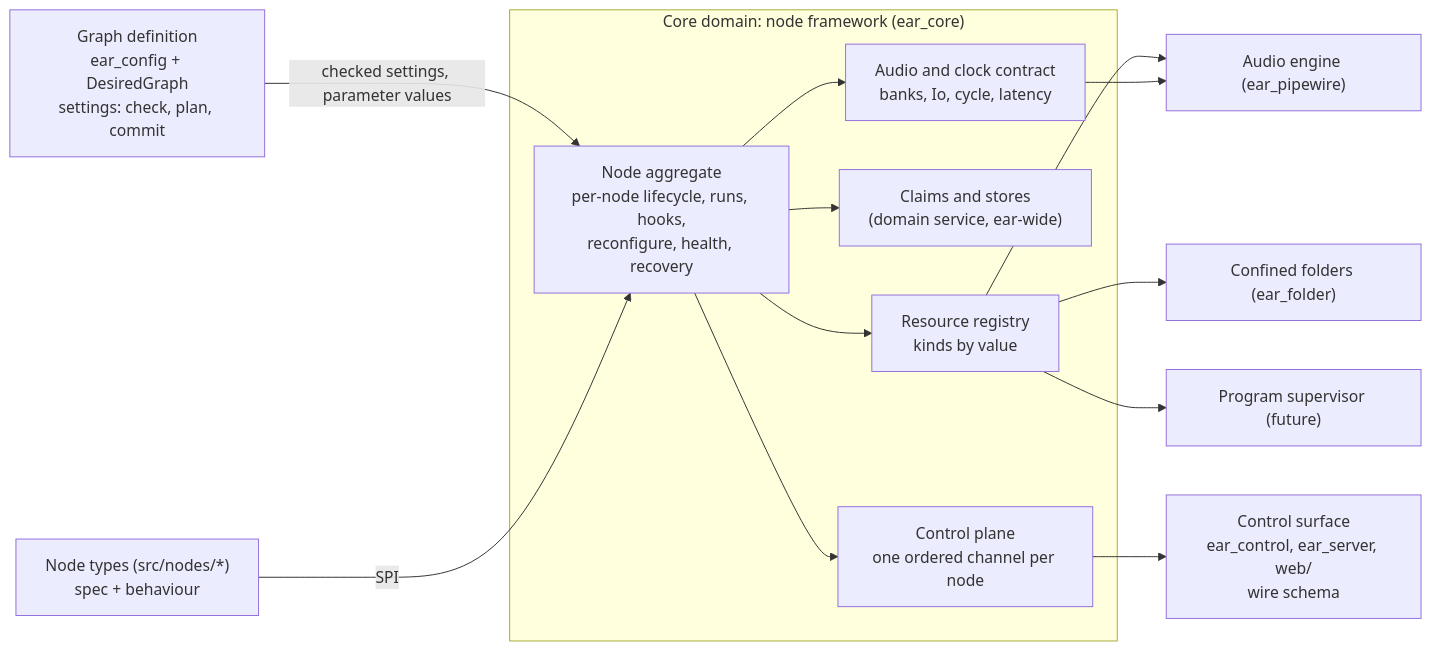
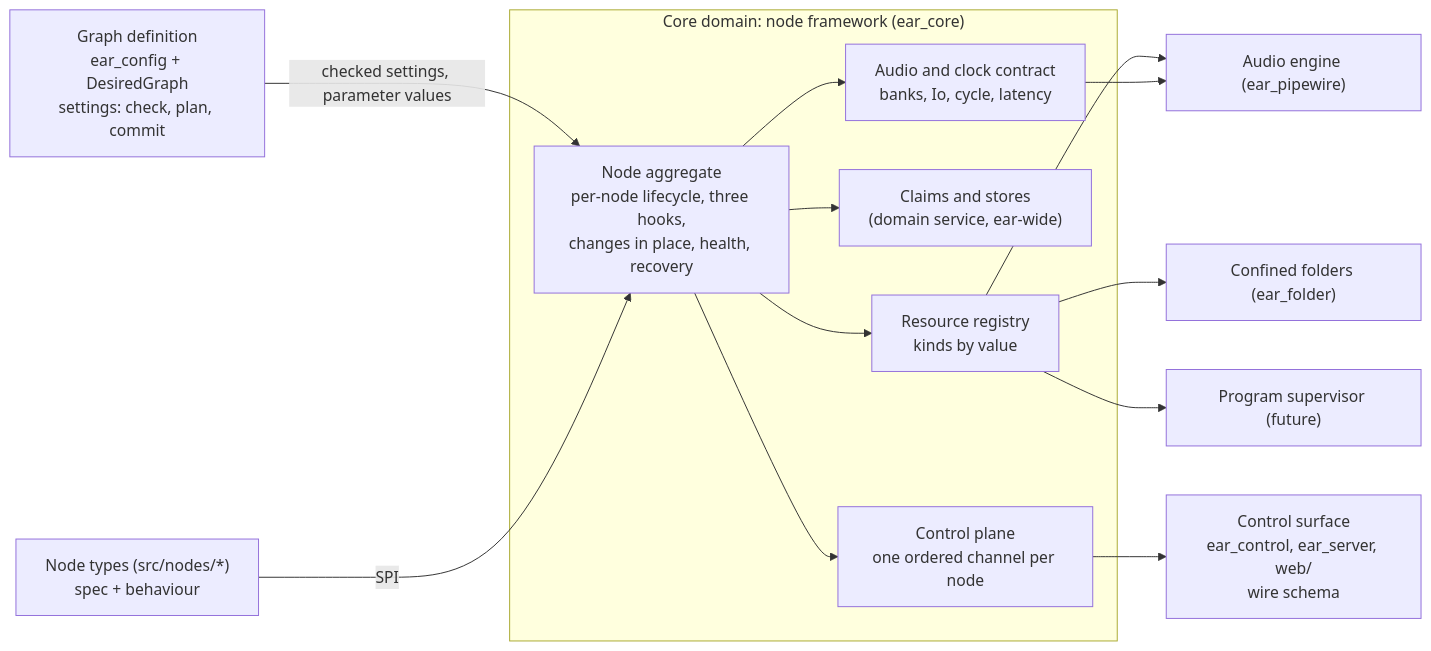
Before and after one commit to mcurcio/ear: the first of 4 diagrams in docs/design/node-framework.md, drawn with Mermaid. The commit also changed other lines of this file and 2 other files, not shown here.

First line of the commit message:
docs(design): graph and node lifecycle without runs, three hooks

````diff
--- a/docs/design/node-framework.md
+++ b/docs/design/node-framework.md
@@ -154,24 +181,24 @@
 ```mermaid
 flowchart LR
   GD["Graph definition<br/>ear_config + DesiredGraph<br/>settings: check, plan, commit"]
   subgraph Core["Core domain: node framework (ear_core)"]
-    NF["Node aggregate<br/>per-node lifecycle, runs, hooks,<br/>reconfigure, health, recovery"]
+    NF["Node aggregate<br/>per-node lifecycle, three hooks,<br/>changes in place, health, recovery"]
     REG["Resource registry<br/>kinds by value"]
     CLM["Claims and stores<br/>(domain service, ear-wide)"]
     CP["Control plane<br/>one ordered channel per node"]
     AU["Audio and clock contract<br/>banks, Io, cycle, latency"]
   end
   T["Node types (src/nodes/*)<br/>spec + behaviour"]
   PW["Audio engine (ear_pipewire)"]
   FS["Confined folders (ear_folder)"]
   PS["Program supervisor (future)"]
   WIRE["Control surface<br/>ear_control, ear_server, web/<br/>wire schema"]
   GD -- "checked settings, parameter values" --> NF
   T -- "SPI" --> NF
   NF --> REG --> PW
   REG --> FS
   REG --> PS
   NF --> CLM
   NF --> CP --> WIRE
   NF --> AU --> PW
 ```
````
